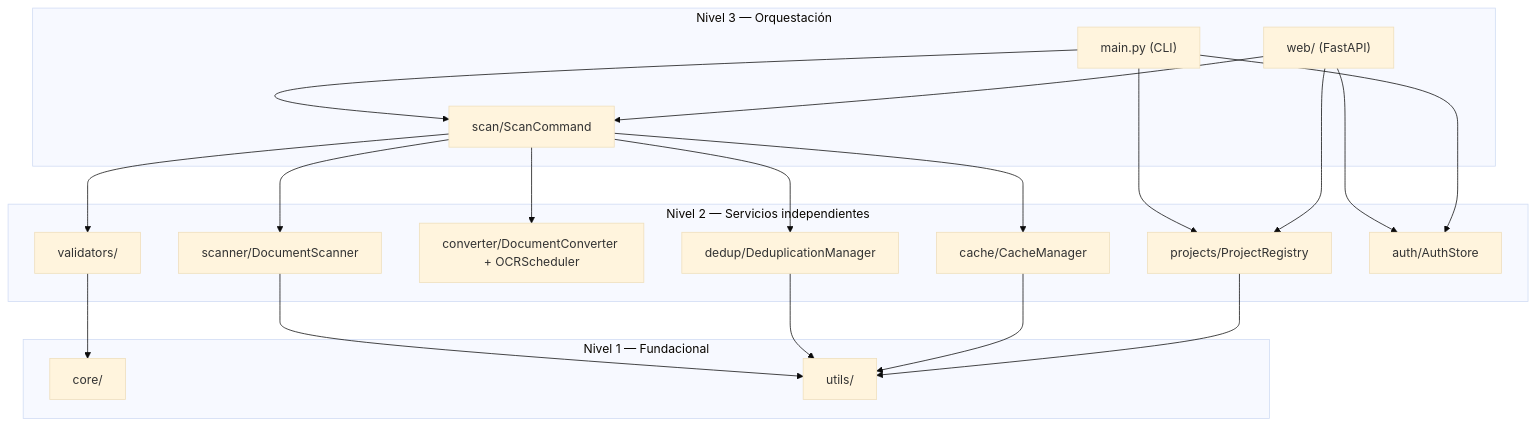
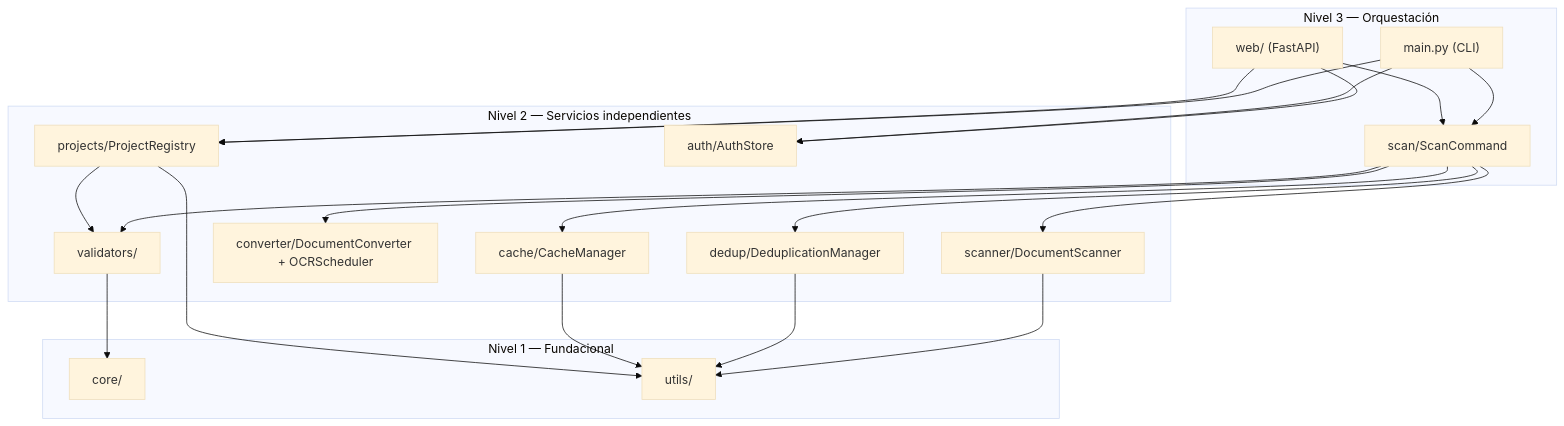
Before and after one commit to fmanza/doc_organize: the diagram in .ai/architecture.md, drawn with Mermaid (base theme). The commit also changed other lines of this file and 27 other files, not shown here.

````diff
--- a/.ai/architecture.md
+++ b/.ai/architecture.md
@@ -54,37 +57,38 @@
 ```mermaid
 graph TB
     subgraph L3["Nivel 3 — Orquestación"]
         CLI["main.py (CLI)"]
         ScanCmd["scan/ScanCommand"]
         Web["web/ (FastAPI)"]
     end
     subgraph L2["Nivel 2 — Servicios independientes"]
         Validators["validators/"]
         Scanner["scanner/DocumentScanner"]
         Converter["converter/DocumentConverter + OCRScheduler"]
         Dedup["dedup/DeduplicationManager"]
         Cache["cache/CacheManager"]
         Projects["projects/ProjectRegistry"]
         Auth["auth/AuthStore"]
     end
     subgraph L1["Nivel 1 — Fundacional"]
         Core["core/"]
         Utils["utils/"]
     end
     CLI --> ScanCmd
     Web --> ScanCmd
     CLI --> Projects
     Web --> Projects
     Web --> Auth
     CLI --> Auth
     ScanCmd --> Validators
     ScanCmd --> Scanner
     ScanCmd --> Converter
     ScanCmd --> Dedup
     ScanCmd --> Cache
     Validators --> Core
     Scanner --> Utils
     Dedup --> Utils
     Cache --> Utils
     Projects --> Utils
+    Projects --> Validators
 ```
````
